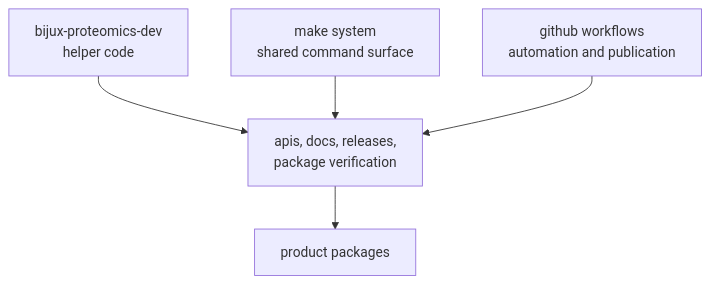
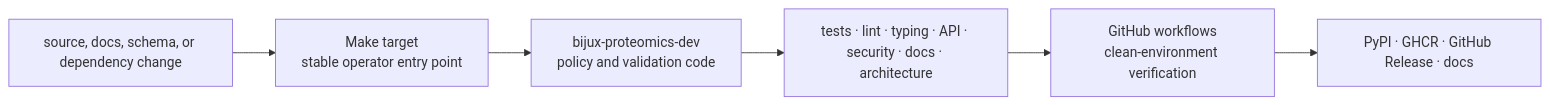
The diagram in docs/08-bijux-proteomics-maintain/index.md (bijux/bijux-proteomics), drawn with Mermaid before and after one commit. The commit also changed other lines of this file and 4 other files, not shown here.

````diff
--- a/docs/08-bijux-proteomics-maintain/index.md
+++ b/docs/08-bijux-proteomics-maintain/index.md
@@ -19,13 +19,10 @@
 ```mermaid
-flowchart TB
-    dev["bijux-proteomics-dev<br/>helper code"]
-    makes["make system<br/>shared command surface"]
-    workflows["github workflows<br/>automation and publication"]
-    contracts["apis, docs, releases,<br/>package verification"]
-    packages["product packages"]
-
-    dev --> contracts
-    makes --> contracts
-    workflows --> contracts
-    contracts --> packages
+flowchart LR
+    change["source, docs, schema, or dependency change"]
+    make["Make target\nstable operator entry point"]
+    dev["bijux-proteomics-dev\npolicy and validation code"]
+    checks["tests · lint · typing · API · security · docs · architecture"]
+    ci["GitHub workflows\nclean-environment verification"]
+    release["PyPI · GHCR · GitHub Release · docs"]
+    change --> make --> dev --> checks --> ci --> release
 ```
````
